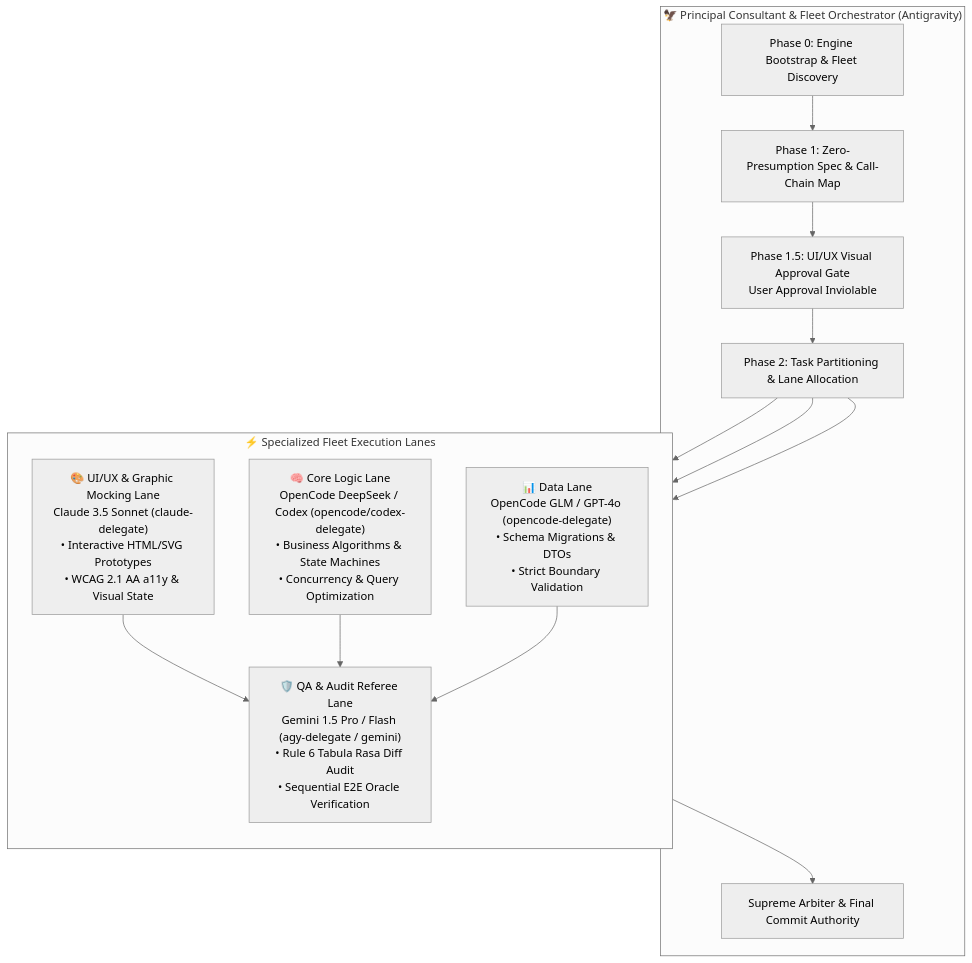
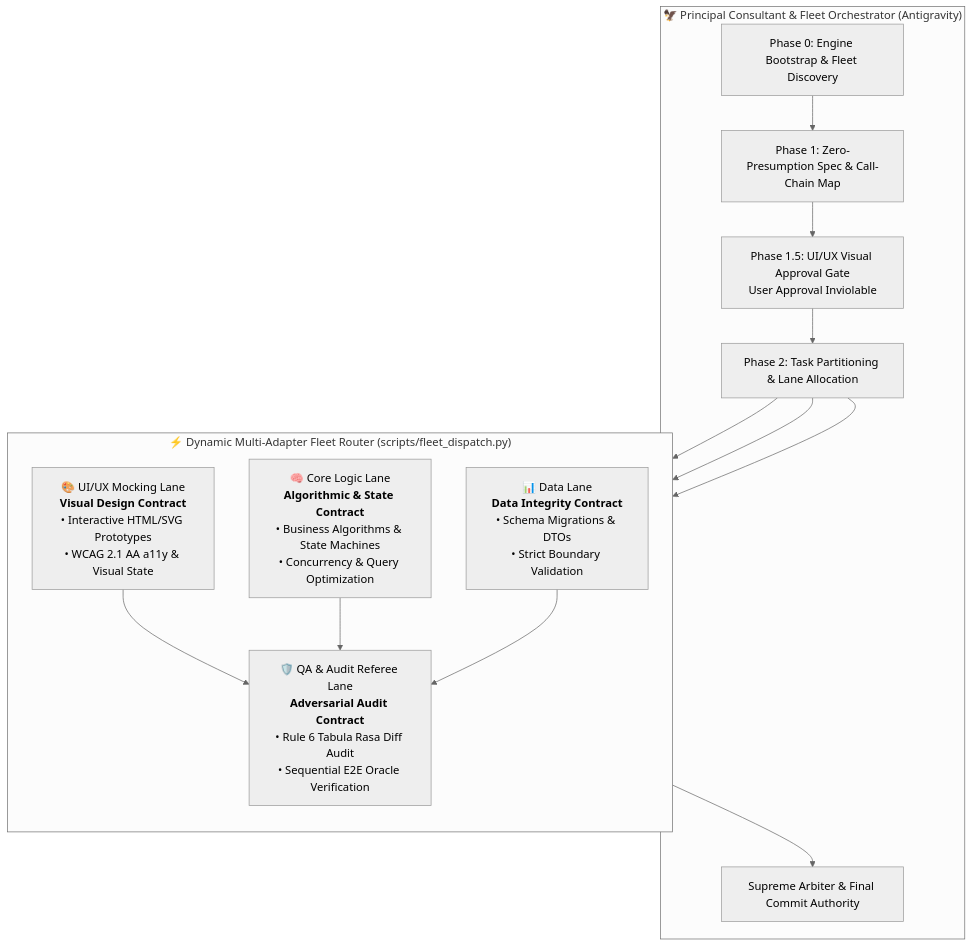
Before and after one commit to sherifrad/multi-agent-collaborative-audit: the first of 5 diagrams in README.md, drawn with Mermaid (neutral theme). The commit also changed other lines of this file and 4 other files, not shown here.

First line of the commit message:
feat(fleet): implement Dynamic Multi-Adapter Router, Zero-API mode, and fault tolerance

````diff
--- a/README.md
+++ b/README.md
@@ -31,28 +31,28 @@
 ```mermaid
 flowchart TD
     subgraph Lead["🦅 Principal Consultant & Fleet Orchestrator (Antigravity)"]
         Boot["Phase 0: Engine Bootstrap & Fleet Discovery"]
         Spec["Phase 1: Zero-Presumption Spec & Call-Chain Map"]
         MockGate["Phase 1.5: UI/UX Visual Approval Gate<br/>User Approval Inviolable"]
         Plan["Phase 2: Task Partitioning & Lane Allocation"]
         Arbiter["Supreme Arbiter & Final Commit Authority"]
     end
 
     Boot --> Spec --> MockGate --> Plan
 
-    subgraph FleetLanes["⚡ Specialized Fleet Execution Lanes"]
+    subgraph DynamicRouter["⚡ Dynamic Multi-Adapter Fleet Router (scripts/fleet_dispatch.py)"]
         direction TB
-        UI["🎨 UI/UX & Graphic Mocking Lane<br/>Claude 3.5 Sonnet (claude-delegate)<br/>• Interactive HTML/SVG Prototypes<br/>• WCAG 2.1 AA a11y & Visual State"]
-        Logic["🧠 Core Logic Lane<br/>OpenCode DeepSeek / Codex (opencode/codex-delegate)<br/>• Business Algorithms & State Machines<br/>• Concurrency & Query Optimization"]
-        Data["📊 Data Lane<br/>OpenCode GLM / GPT-4o (opencode-delegate)<br/>• Schema Migrations & DTOs<br/>• Strict Boundary Validation"]
-        Audit["🛡️ QA & Audit Referee Lane<br/>Gemini 1.5 Pro / Flash (agy-delegate / gemini)<br/>• Rule 6 Tabula Rasa Diff Audit<br/>• Sequential E2E Oracle Verification"]
+        UI["🎨 UI/UX Mocking Lane<br/><b>Visual Design Contract</b><br/>• Interactive HTML/SVG Prototypes<br/>• WCAG 2.1 AA a11y & Visual State"]
+        Logic["🧠 Core Logic Lane<br/><b>Algorithmic & State Contract</b><br/>• Business Algorithms & State Machines<br/>• Concurrency & Query Optimization"]
+        Data["📊 Data Lane<br/><b>Data Integrity Contract</b><br/>• Schema Migrations & DTOs<br/>• Strict Boundary Validation"]
+        Audit["🛡️ QA & Audit Referee Lane<br/><b>Adversarial Audit Contract</b><br/>• Rule 6 Tabula Rasa Diff Audit<br/>• Sequential E2E Oracle Verification"]
     end
 
     Plan --> UI
     Plan --> Logic
     Plan --> Data
     UI --> Audit
     Logic --> Audit
     Data --> Audit
     Audit --> Arbiter
 ```
````
